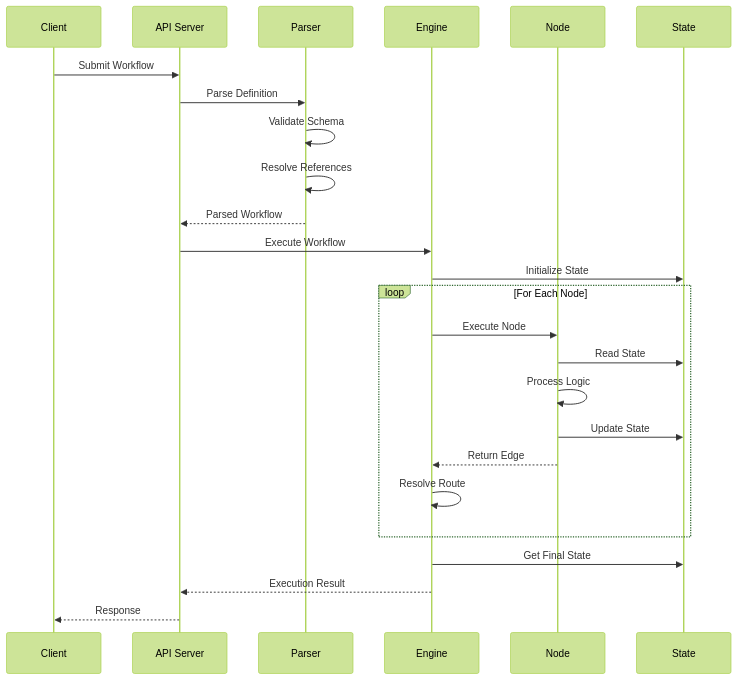
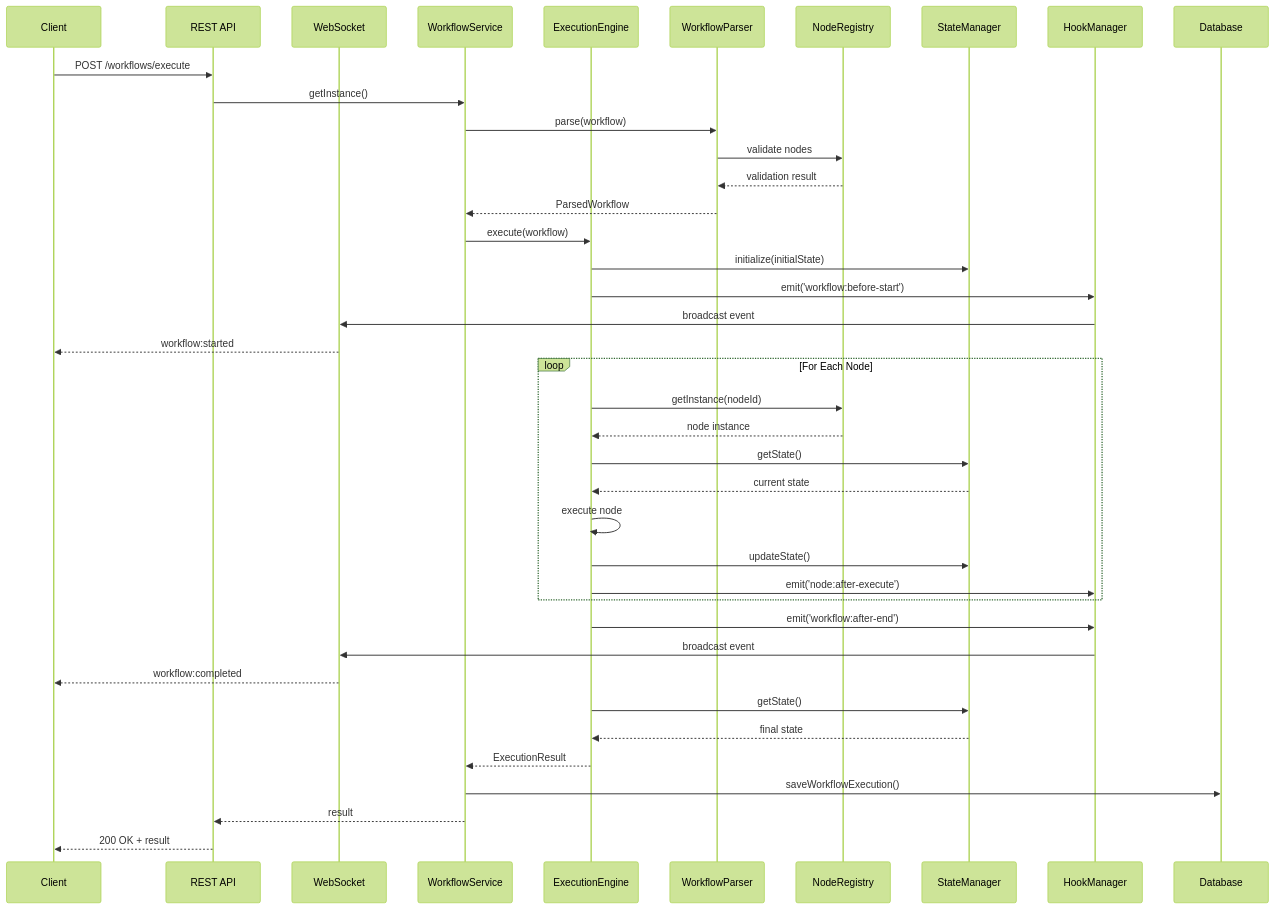
Before and after one commit to Narcis13/workscript: the third of 3 diagrams in .kiro/specs/json-workflow-engine/design.md, drawn with Mermaid (forest theme). The commit also changed other lines of this file and 26 other files, not shown here.

````diff
--- a/.kiro/specs/json-workflow-engine/design.md
+++ b/.kiro/specs/json-workflow-engine/design.md
@@ -1323,30 +245,46 @@
 ```mermaid
 sequenceDiagram
-    participant C as Client
-    participant API as API Server
-    participant P as Parser
-    participant E as Engine
-    participant N as Node
-    participant S as State
+    participant Client
+    participant API as REST API
+    participant WS as WebSocket
+    participant WS_MGR as WorkflowService
+    participant Engine as ExecutionEngine
+    participant Parser as WorkflowParser
+    participant Registry as NodeRegistry
+    participant State as StateManager
+    participant Hooks as HookManager
+    participant DB as Database
 
-    C->>API: Submit Workflow
-    API->>P: Parse Definition
-    P->>P: Validate Schema
-    P->>P: Resolve References
-    P-->>API: Parsed Workflow
-    API->>E: Execute Workflow
-    E->>S: Initialize State
-    
+    Client->>API: POST /workflows/execute
+    API->>WS_MGR: getInstance()
+    WS_MGR->>Parser: parse(workflow)
+    Parser->>Registry: validate nodes
+    Registry-->>Parser: validation result
+    Parser-->>WS_MGR: ParsedWorkflow
+
+    WS_MGR->>Engine: execute(workflow)
+    Engine->>State: initialize(initialState)
+    Engine->>Hooks: emit('workflow:before-start')
+    Hooks->>WS: broadcast event
+    WS-->>Client: workflow:started
+
     loop For Each Node
-        E->>N: Execute Node
-        N->>S: Read State
-        N->>N: Process Logic
-        N->>S: Update State
-        N-->>E: Return Edge
-        E->>E: Resolve Route
+        Engine->>Registry: getInstance(nodeId)
+        Registry-->>Engine: node instance
+        Engine->>State: getState()
+        State-->>Engine: current state
+        Engine->>Engine: execute node
+        Engine->>State: updateState()
+        Engine->>Hooks: emit('node:after-execute')
     end
-    
-    E->>S: Get Final State
-    E-->>API: Execution Result
-    API-->>C: Response
+
+    Engine->>Hooks: emit('workflow:after-end')
+    Hooks->>WS: broadcast event
+    WS-->>Client: workflow:completed
+    Engine->>State: getState()
+    State-->>Engine: final state
+    Engine-->>WS_MGR: ExecutionResult
+    WS_MGR->>DB: saveWorkflowExecution()
+    WS_MGR-->>API: result
+    API-->>Client: 200 OK + result
 ```
````
